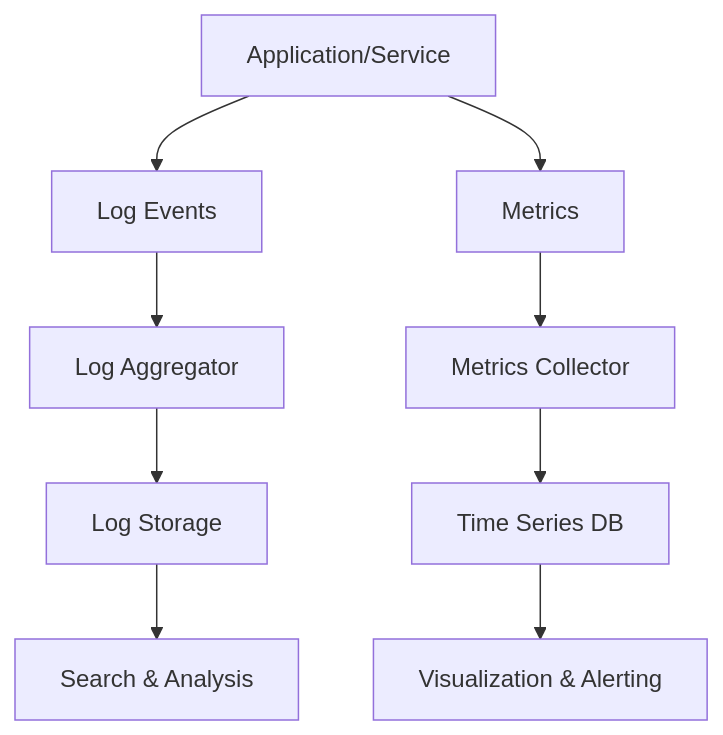
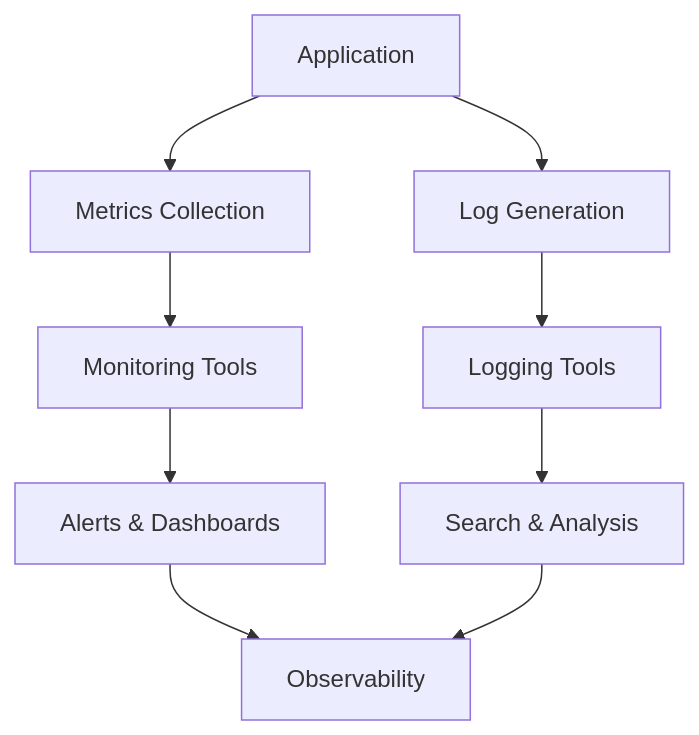
Before and after one commit to VrushankPatel/interview-matters: the diagram in monitoring-and-logging/README.md, drawn with Mermaid. The commit also changed other lines of this file and 4 other files, not shown here.

Commit message:
kb: update topics latency-and-throughput-zero-to-hero, system-design-basics, high-scalability-patterns, cap-theorem-and-distributed-systems, monitoring-and-logging

````diff
--- a/monitoring-and-logging/README.md
+++ b/monitoring-and-logging/README.md
@@ -45,11 +49,11 @@
 ```mermaid
 graph TD
-    A[Application/Service] --> B[Log Events]
-    A --> C[Metrics]
-    B --> D[Log Aggregator]
-    C --> E[Metrics Collector]
-    D --> F[Log Storage]
-    E --> G[Time Series DB]
-    F --> H[Search & Analysis]
-    G --> I[Visualization & Alerting]
+    A[Application] --> B[Metrics Collection]
+    A --> C[Log Generation]
+    B --> D[Monitoring Tools]
+    C --> E[Logging Tools]
+    D --> F[Alerts & Dashboards]
+    E --> G[Search & Analysis]
+    F --> H[Observability]
+    G --> H
 ```
````
